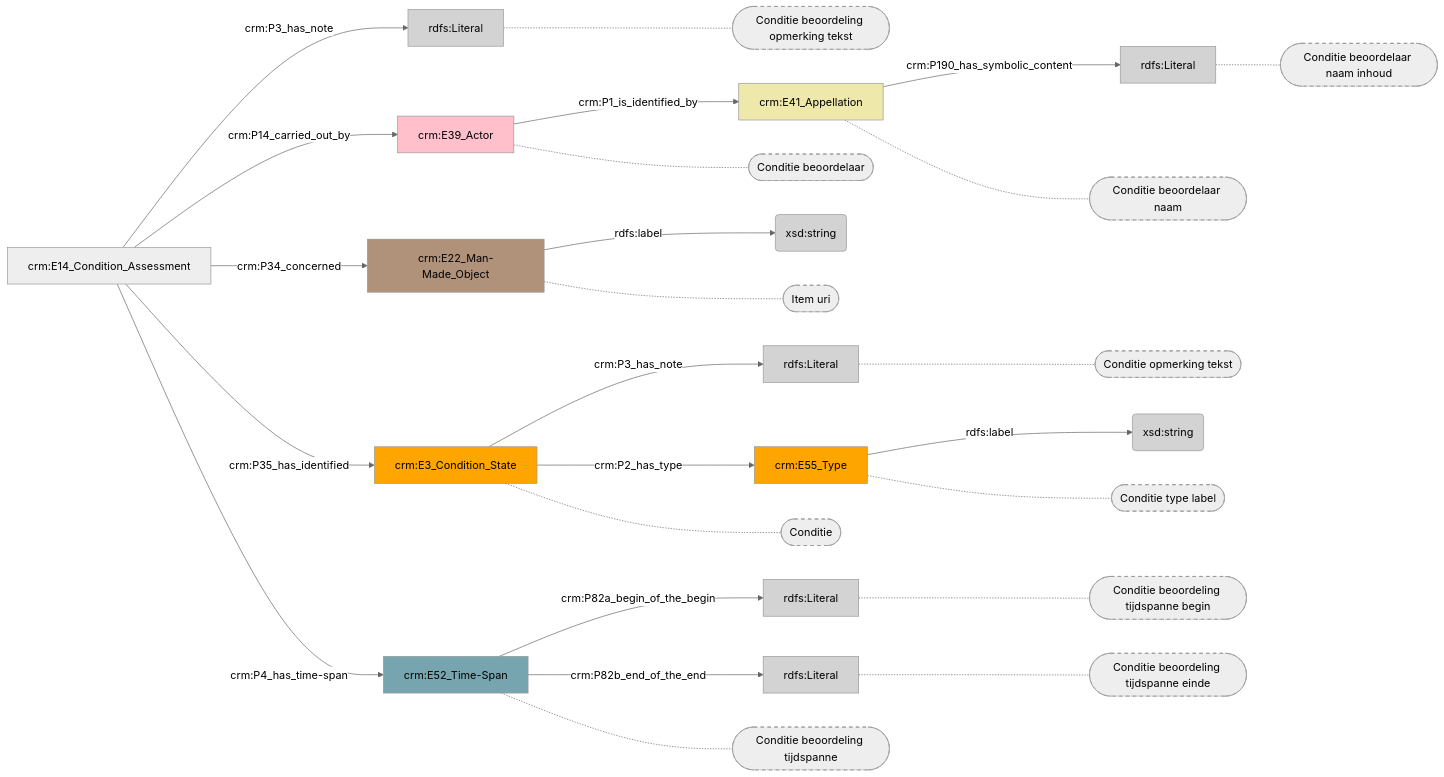
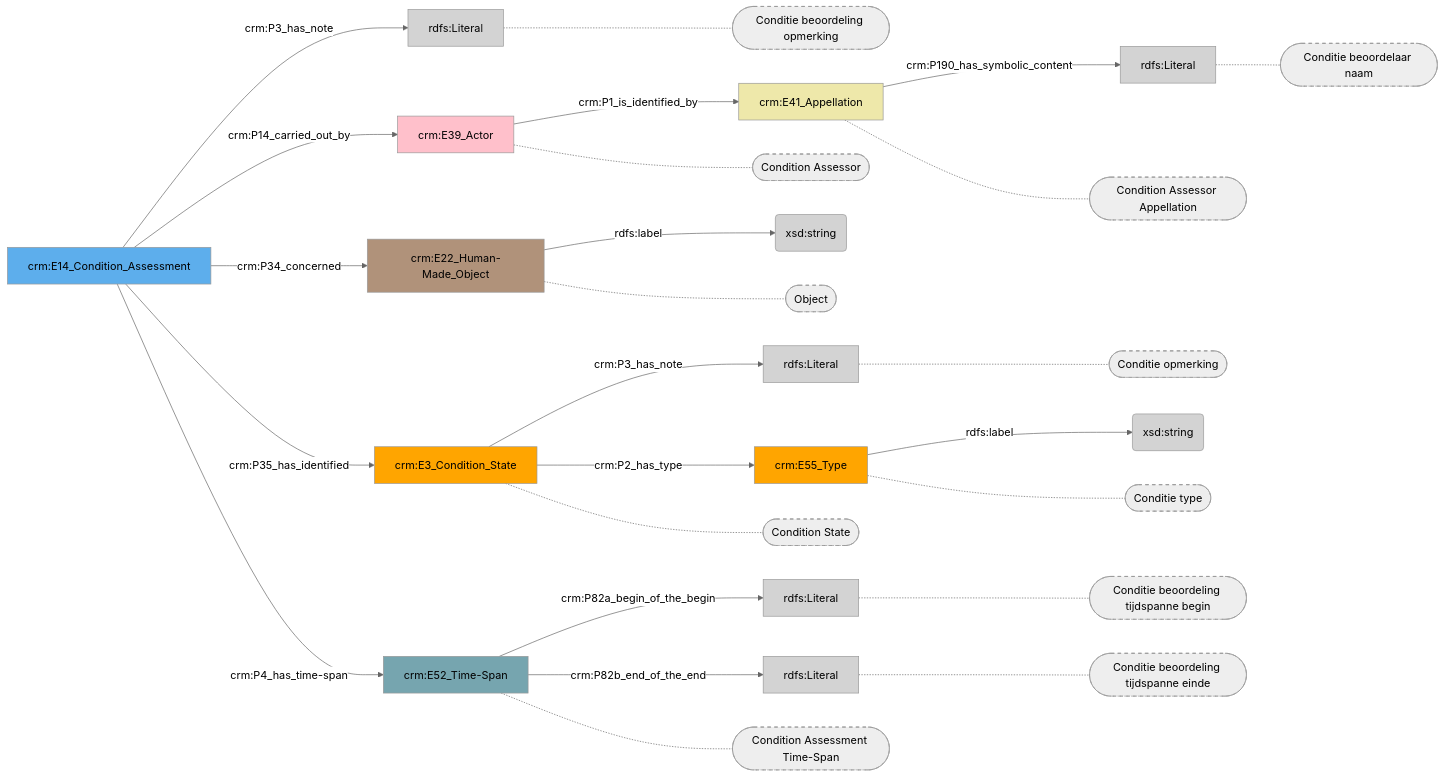
The diagram in docs/content/modellen/ConditionAssessment.md (digipolisantwerpdocumentation/antwerp-cultureel-erfgoed), drawn with Mermaid (neutral theme) before and after one commit. The commit also changed 173 other files, not shown here.

````diff
--- a/docs/content/modellen/ConditionAssessment.md
+++ b/docs/content/modellen/ConditionAssessment.md
@@ -1,51 +1,52 @@
 ```mermaid
 graph LR
 42069382-efef-11ed-9232-00163e71351b["crm:E14_Condition_Assessment"]-->|"crm:P3_has_note"|54d1777a-efef-11ed-9064-00163e71351b(rdfs:Literal)
 5b73562a-efef-11ed-9655-00163e71351b["crm:E52_Time-Span"]-->|"crm:P82a_begin_of_the_begin"|5b735a9e-efef-11ed-9655-00163e71351b(rdfs:Literal)
 5b73562a-efef-11ed-9655-00163e71351b["crm:E52_Time-Span"]-->|"crm:P82b_end_of_the_end"|5b735bd4-efef-11ed-9655-00163e71351b(rdfs:Literal)
 64ad1118-efef-11ed-9064-00163e71351b["crm:E41_Appellation"]-->|"crm:P190_has_symbolic_content"|64ad0f6a-efef-11ed-9064-00163e71351b(rdfs:Literal)
 6ba16686-efef-11ed-9655-00163e71351b["crm:E3_Condition_State"]-->|"crm:P3_has_note"|6ba16cf8-efef-11ed-9655-00163e71351b(rdfs:Literal)
 6ba16e6a-efef-11ed-9655-00163e71351b["crm:E55_Type"]-->|"rdfs:label"|6ba16b40-efef-11ed-9655-00163e71351b(xsd:string)
-71c80a42-efef-11ed-9232-00163e71351b["crm:E22_Man-Made_Object"]-->|"rdfs:label"|95efc11c-efef-11ed-a1e6-00163e71351b(xsd:string)
+71c80a42-efef-11ed-9232-00163e71351b["crm:E22_Human-Made_Object"]-->|"rdfs:label"|95efc11c-efef-11ed-a1e6-00163e71351b(xsd:string)
 42069382-efef-11ed-9232-00163e71351b["crm:E14_Condition_Assessment"]-->|"crm:P14_carried_out_by"|64ad0aba-efef-11ed-9064-00163e71351b["crm:E39_Actor"]
-42069382-efef-11ed-9232-00163e71351b["crm:E14_Condition_Assessment"]-->|"crm:P34_concerned"|71c80a42-efef-11ed-9232-00163e71351b["crm:E22_Man-Made_Object"]
+42069382-efef-11ed-9232-00163e71351b["crm:E14_Condition_Assessment"]-->|"crm:P34_concerned"|71c80a42-efef-11ed-9232-00163e71351b["crm:E22_Human-Made_Object"]
 42069382-efef-11ed-9232-00163e71351b["crm:E14_Condition_Assessment"]-->|"crm:P35_has_identified"|6ba16686-efef-11ed-9655-00163e71351b["crm:E3_Condition_State"]
 42069382-efef-11ed-9232-00163e71351b["crm:E14_Condition_Assessment"]-->|"crm:P4_has_time-span"|5b73562a-efef-11ed-9655-00163e71351b["crm:E52_Time-Span"]
 64ad0aba-efef-11ed-9064-00163e71351b["crm:E39_Actor"]-->|"crm:P1_is_identified_by"|64ad1118-efef-11ed-9064-00163e71351b["crm:E41_Appellation"]
 6ba16686-efef-11ed-9655-00163e71351b["crm:E3_Condition_State"]-->|"crm:P2_has_type"|6ba16e6a-efef-11ed-9655-00163e71351b["crm:E55_Type"]
-64ad0aba-efef-11ed-9064-00163e71351b["crm:E39_Actor"]-.-64ad0aba-efef-11ed-9064-00163e71351b_s(["Conditie beoordelaar"])
-54d1777a-efef-11ed-9064-00163e71351b["rdfs:Literal"]-.-54d1777a-efef-11ed-9064-00163e71351b_s(["Conditie beoordeling opmerking tekst"])
-71c80a42-efef-11ed-9232-00163e71351b["crm:E22_Man-Made_Object"]-.-71c80a42-efef-11ed-9232-00163e71351b_s(["Item uri"])
-6ba16686-efef-11ed-9655-00163e71351b["crm:E3_Condition_State"]-.-6ba16686-efef-11ed-9655-00163e71351b_s(["Conditie"])
-5b73562a-efef-11ed-9655-00163e71351b["crm:E52_Time-Span"]-.-5b73562a-efef-11ed-9655-00163e71351b_s(["Conditie beoordeling tijdspanne"])
-5b735a9e-efef-11ed-9655-00163e71351b["rdfs:Literal"]-.-5b735a9e-efef-11ed-9655-00163e71351b_s(["Conditie beoordeling tijdspanne begin"])
-5b735bd4-efef-11ed-9655-00163e71351b["rdfs:Literal"]-.-5b735bd4-efef-11ed-9655-00163e71351b_s(["Conditie beoordeling tijdspanne einde"])
-64ad1118-efef-11ed-9064-00163e71351b["crm:E41_Appellation"]-.-64ad1118-efef-11ed-9064-00163e71351b_s(["Conditie beoordelaar naam"])
-64ad0f6a-efef-11ed-9064-00163e71351b["rdfs:Literal"]-.-64ad0f6a-efef-11ed-9064-00163e71351b_s(["Conditie beoordelaar naam inhoud"])
-6ba16e6a-efef-11ed-9655-00163e71351b["crm:E55_Type"]-.-6ba16e6a-efef-11ed-9655-00163e71351b_s(["Conditie type label"])
-6ba16cf8-efef-11ed-9655-00163e71351b["rdfs:Literal"]-.-6ba16cf8-efef-11ed-9655-00163e71351b_s(["Conditie opmerking tekst"])
 style 64ad0aba-efef-11ed-9064-00163e71351b_s stroke-dasharray: 5
 style 54d1777a-efef-11ed-9064-00163e71351b_s stroke-dasharray: 5
 style 71c80a42-efef-11ed-9232-00163e71351b_s stroke-dasharray: 5
 style 6ba16686-efef-11ed-9655-00163e71351b_s stroke-dasharray: 5
 style 5b73562a-efef-11ed-9655-00163e71351b_s stroke-dasharray: 5
 style 5b735a9e-efef-11ed-9655-00163e71351b_s stroke-dasharray: 5
 style 5b735bd4-efef-11ed-9655-00163e71351b_s stroke-dasharray: 5
 style 64ad1118-efef-11ed-9064-00163e71351b_s stroke-dasharray: 5
 style 64ad0f6a-efef-11ed-9064-00163e71351b_s stroke-dasharray: 5
 style 6ba16e6a-efef-11ed-9655-00163e71351b_s stroke-dasharray: 5
 style 6ba16cf8-efef-11ed-9655-00163e71351b_s stroke-dasharray: 5
+64ad0aba-efef-11ed-9064-00163e71351b["crm:E39_Actor"]-.-64ad0aba-efef-11ed-9064-00163e71351b_s(["Condition Assessor"])
+54d1777a-efef-11ed-9064-00163e71351b["rdfs:Literal"]-.-54d1777a-efef-11ed-9064-00163e71351b_s(["Conditie beoordeling opmerking"])
+71c80a42-efef-11ed-9232-00163e71351b["crm:E22_Human-Made_Object"]-.-71c80a42-efef-11ed-9232-00163e71351b_s(["Object"])
+6ba16686-efef-11ed-9655-00163e71351b["crm:E3_Condition_State"]-.-6ba16686-efef-11ed-9655-00163e71351b_s(["Condition State"])
+5b73562a-efef-11ed-9655-00163e71351b["crm:E52_Time-Span"]-.-5b73562a-efef-11ed-9655-00163e71351b_s(["Condition Assessment Time-Span"])
+5b735a9e-efef-11ed-9655-00163e71351b["rdfs:Literal"]-.-5b735a9e-efef-11ed-9655-00163e71351b_s(["Conditie beoordeling tijdspanne begin"])
+5b735bd4-efef-11ed-9655-00163e71351b["rdfs:Literal"]-.-5b735bd4-efef-11ed-9655-00163e71351b_s(["Conditie beoordeling tijdspanne einde"])
+64ad1118-efef-11ed-9064-00163e71351b["crm:E41_Appellation"]-.-64ad1118-efef-11ed-9064-00163e71351b_s(["Condition Assessor Appellation"])
+64ad0f6a-efef-11ed-9064-00163e71351b["rdfs:Literal"]-.-64ad0f6a-efef-11ed-9064-00163e71351b_s(["Conditie beoordelaar naam"])
+6ba16e6a-efef-11ed-9655-00163e71351b["crm:E55_Type"]-.-6ba16e6a-efef-11ed-9655-00163e71351b_s(["Conditie type"])
+6ba16cf8-efef-11ed-9655-00163e71351b["rdfs:Literal"]-.-6ba16cf8-efef-11ed-9655-00163e71351b_s(["Conditie opmerking"])
+style 42069382-efef-11ed-9232-00163e71351b fill:#5DAEEC
 style 54d1777a-efef-11ed-9064-00163e71351b fill:#D3D3D3
 style 5b73562a-efef-11ed-9655-00163e71351b fill:#76A5AF
 style 5b735a9e-efef-11ed-9655-00163e71351b fill:#D3D3D3
 style 5b735bd4-efef-11ed-9655-00163e71351b fill:#D3D3D3
 style 64ad0aba-efef-11ed-9064-00163e71351b fill:#ffc0cb
 style 64ad0f6a-efef-11ed-9064-00163e71351b fill:#D3D3D3
 style 64ad1118-efef-11ed-9064-00163e71351b fill:#EEE8AA
 style 6ba16686-efef-11ed-9655-00163e71351b fill:#ffa500
 style 6ba16b40-efef-11ed-9655-00163e71351b fill:#D3D3D3
 style 6ba16cf8-efef-11ed-9655-00163e71351b fill:#D3D3D3
 style 6ba16e6a-efef-11ed-9655-00163e71351b fill:#ffa500
 style 71c80a42-efef-11ed-9232-00163e71351b fill:#B0927A
 style 95efc11c-efef-11ed-a1e6-00163e71351b fill:#D3D3D3
 ```
````
